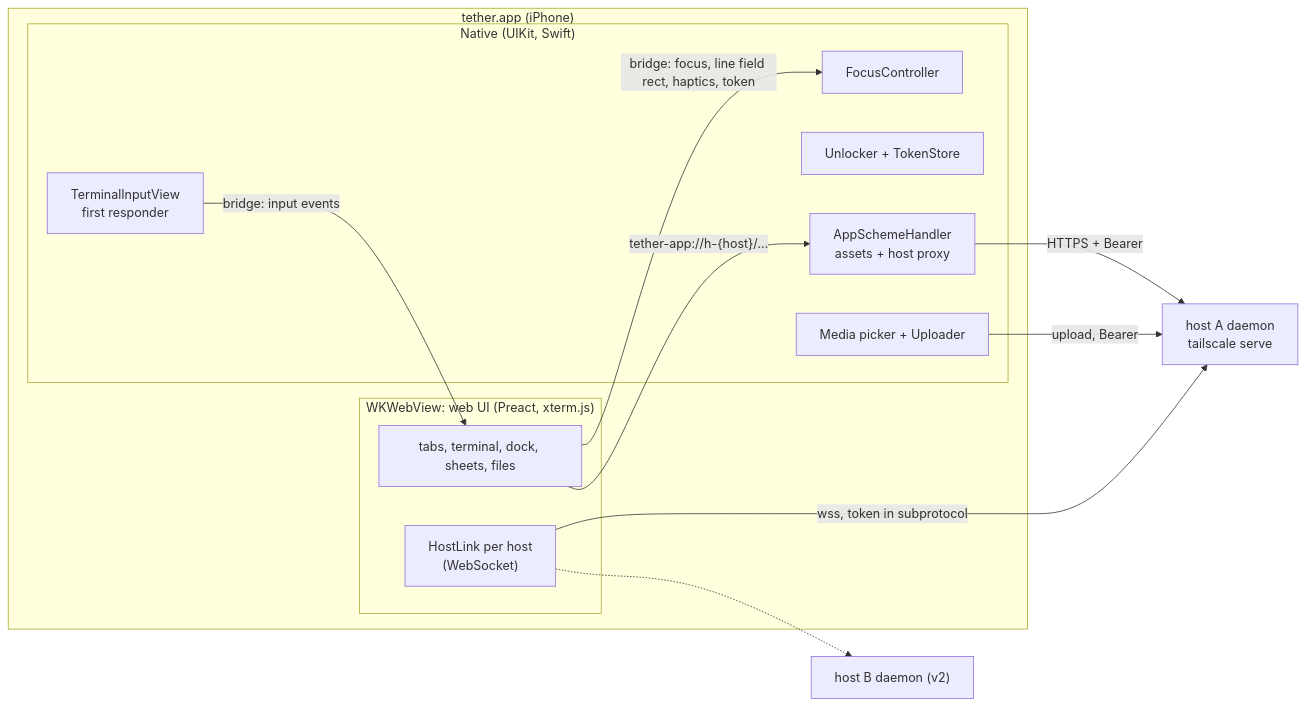
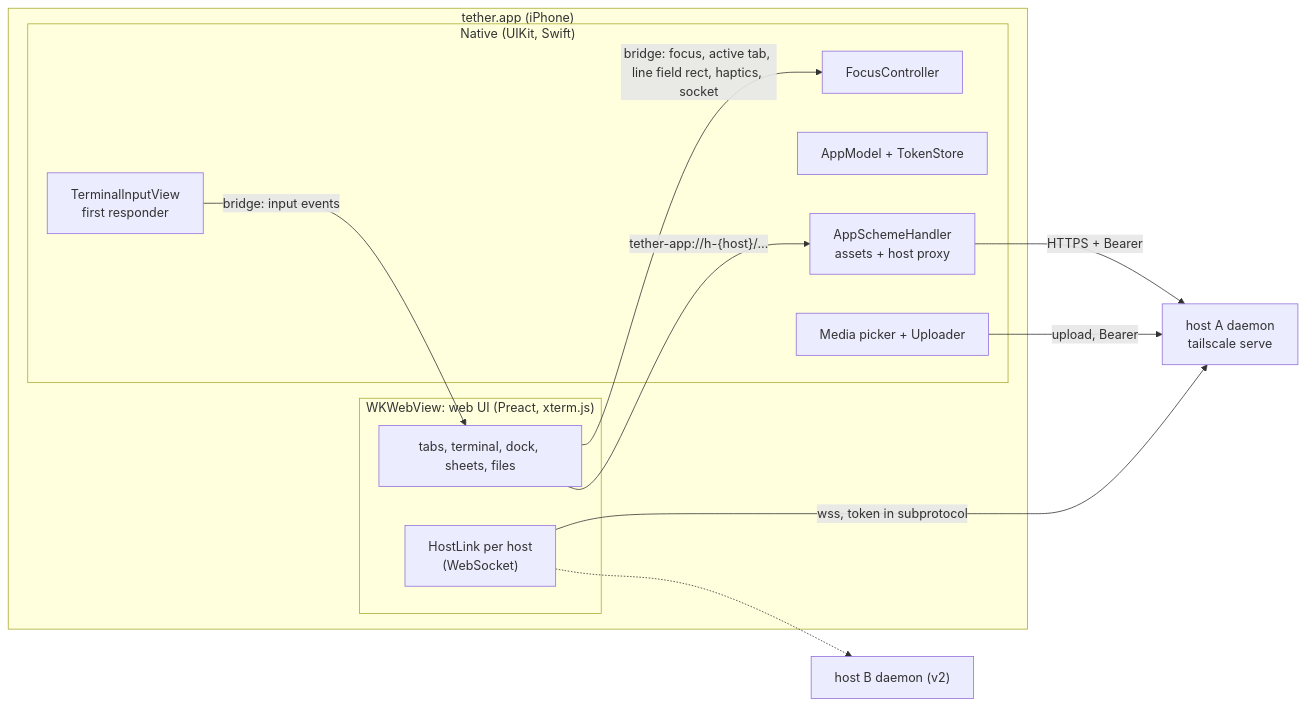
The diagram in docs/design/ios-shell.md (haowjy/tether), drawn with Mermaid before and after one commit. The commit also changed other lines of this file and 70 other files, not shown here.

````diff
--- a/docs/design/ios-shell.md
+++ b/docs/design/ios-shell.md
@@ -22,25 +23,25 @@
 ```mermaid
 flowchart LR
   subgraph app["tether.app (iPhone)"]
     subgraph native["Native (UIKit, Swift)"]
       input["TerminalInputView<br/>first responder"]
       focus["FocusController"]
-      auth["Unlocker + TokenStore"]
+      auth["AppModel + TokenStore"]
       scheme["AppSchemeHandler<br/>assets + host proxy"]
       media["Media picker + Uploader"]
     end
     subgraph web["WKWebView: web UI (Preact, xterm.js)"]
       ui["tabs, terminal, dock, sheets, files"]
       link["HostLink per host<br/>(WebSocket)"]
     end
   end
   h1["host A daemon<br/>tailscale serve"]
   h2["host B daemon (v2)"]
   input -- "bridge: input events" --> ui
-  ui -- "bridge: focus, line field rect, haptics, token" --> focus
+  ui -- "bridge: focus, active tab, line field rect, haptics, socket" --> focus
   ui -- "tether-app://h-{host}/…" --> scheme
   scheme -- "HTTPS + Bearer" --> h1
   media -- "upload, Bearer" --> h1
   link -- "wss, token in subprotocol" --> h1
   link -.-> h2
 ```
````
